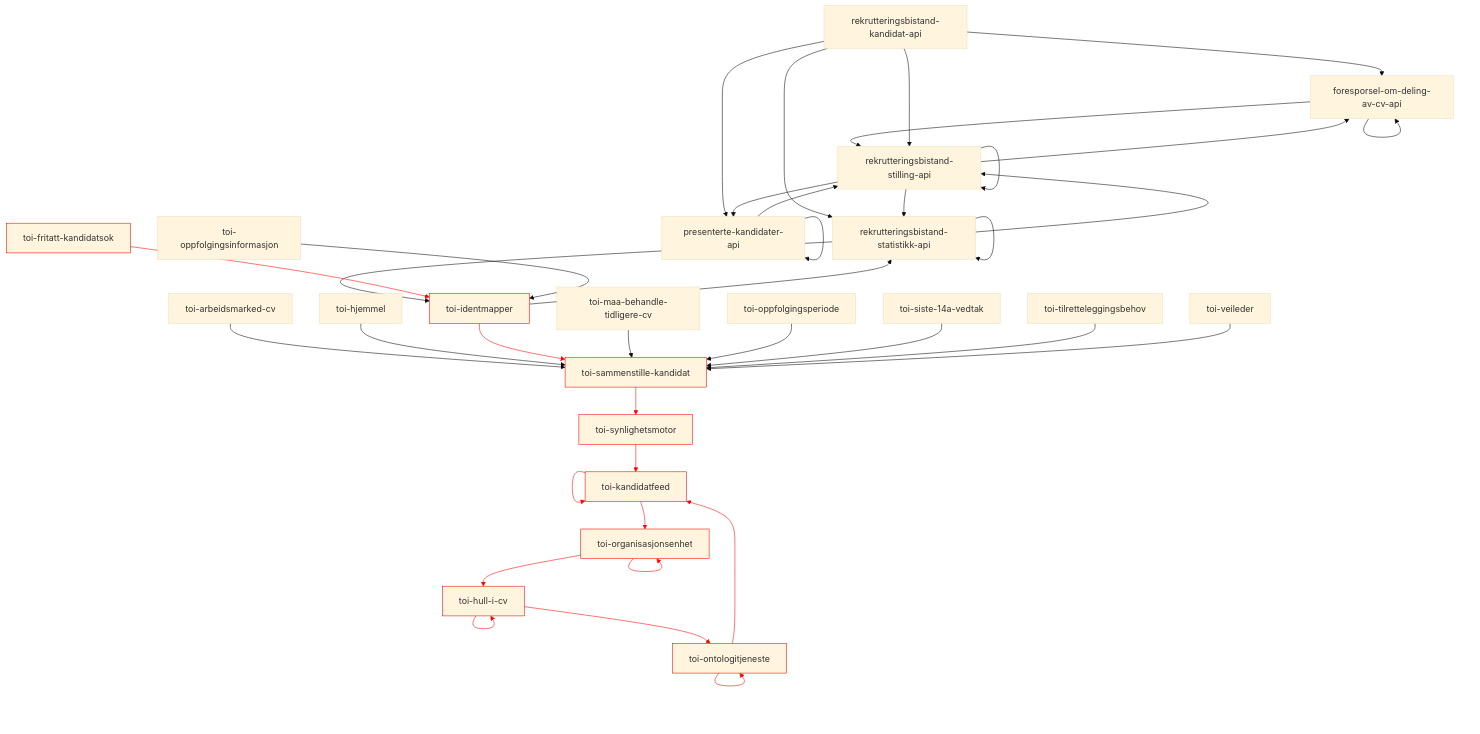
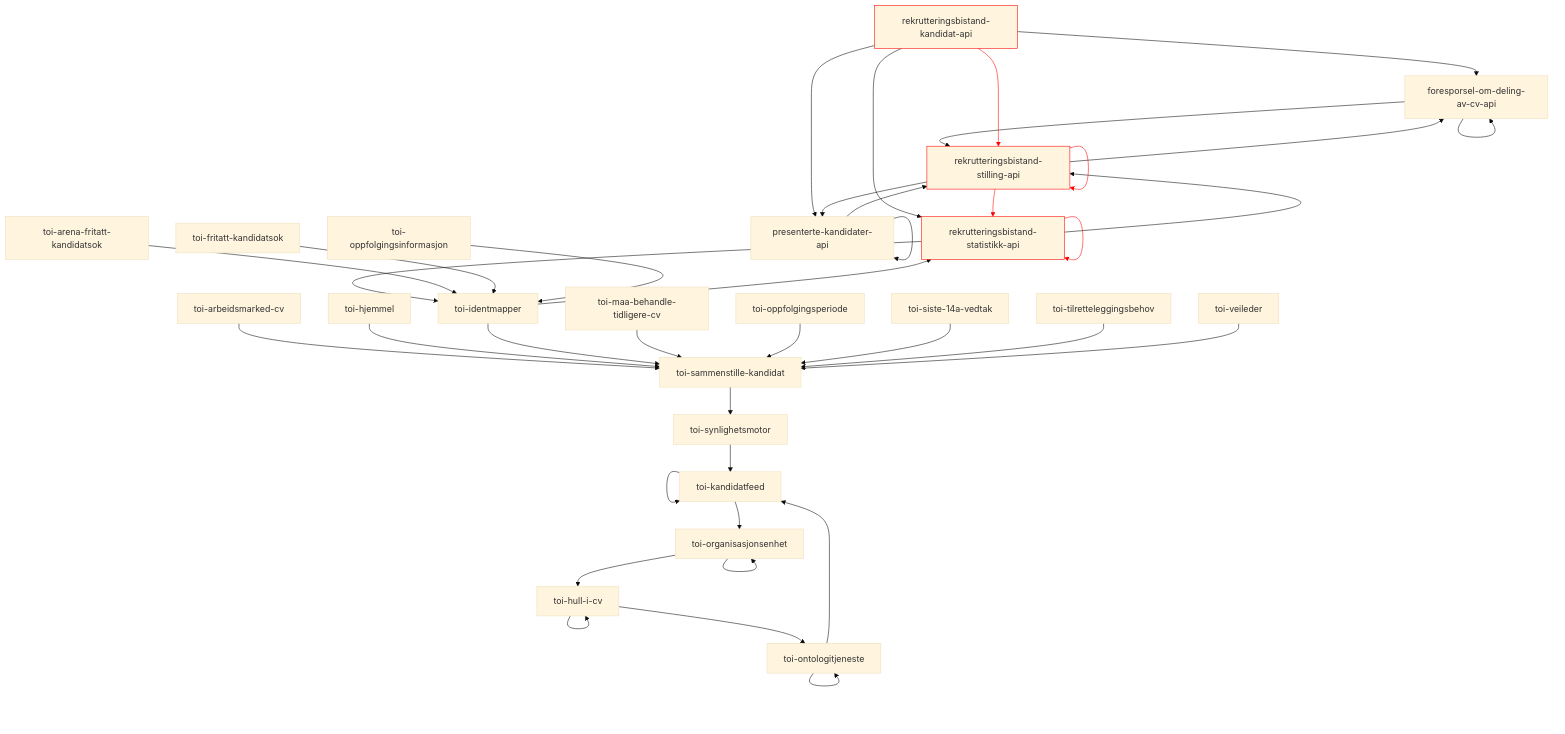
Before and after one commit to navikt/toi-rapids-and-rivers-grapher: diagram 13 of 24 in README.md, drawn with Mermaid (base theme). The commit also changed other lines of this file, not shown here.

````diff
--- a/README.md
+++ b/README.md
@@ -549,42 +564,43 @@
 ```mermaid
 graph TD;
 foresporsel-om-deling-av-cv-api --> foresporsel-om-deling-av-cv-api;
 foresporsel-om-deling-av-cv-api --> rekrutteringsbistand-stilling-api;
 presenterte-kandidater-api --> presenterte-kandidater-api;
 presenterte-kandidater-api --> rekrutteringsbistand-stilling-api;
 rekrutteringsbistand-kandidat-api --> foresporsel-om-deling-av-cv-api;
 rekrutteringsbistand-kandidat-api --> presenterte-kandidater-api;
 rekrutteringsbistand-kandidat-api --> rekrutteringsbistand-statistikk-api;
-rekrutteringsbistand-kandidat-api --> rekrutteringsbistand-stilling-api;
-rekrutteringsbistand-statistikk-api --> rekrutteringsbistand-statistikk-api;
+rekrutteringsbistand-kandidat-api:::x --> rekrutteringsbistand-stilling-api:::x;
+rekrutteringsbistand-statistikk-api:::x --> rekrutteringsbistand-statistikk-api:::x;
 rekrutteringsbistand-statistikk-api --> rekrutteringsbistand-stilling-api;
 rekrutteringsbistand-statistikk-api --> toi-identmapper;
 rekrutteringsbistand-stilling-api --> foresporsel-om-deling-av-cv-api;
 rekrutteringsbistand-stilling-api --> presenterte-kandidater-api;
-rekrutteringsbistand-stilling-api --> rekrutteringsbistand-statistikk-api;
-rekrutteringsbistand-stilling-api --> rekrutteringsbistand-stilling-api;
+rekrutteringsbistand-stilling-api:::x --> rekrutteringsbistand-statistikk-api:::x;
+rekrutteringsbistand-stilling-api:::x --> rekrutteringsbistand-stilling-api:::x;
 toi-arbeidsmarked-cv --> toi-sammenstille-kandidat;
-toi-fritatt-kandidatsok:::x --> toi-identmapper:::x;
+toi-arena-fritatt-kandidatsok --> toi-identmapper;
+toi-fritatt-kandidatsok --> toi-identmapper;
 toi-hjemmel --> toi-sammenstille-kandidat;
-toi-hull-i-cv:::x --> toi-hull-i-cv:::x;
-toi-hull-i-cv:::x --> toi-ontologitjeneste:::x;
+toi-hull-i-cv --> toi-hull-i-cv;
+toi-hull-i-cv --> toi-ontologitjeneste;
 toi-identmapper --> rekrutteringsbistand-statistikk-api;
-toi-identmapper:::x --> toi-sammenstille-kandidat:::x;
-toi-kandidatfeed:::x --> toi-kandidatfeed:::x;
-toi-kandidatfeed:::x --> toi-organisasjonsenhet:::x;
+toi-identmapper --> toi-sammenstille-kandidat;
+toi-kandidatfeed --> toi-kandidatfeed;
+toi-kandidatfeed --> toi-organisasjonsenhet;
 toi-maa-behandle-tidligere-cv --> toi-sammenstille-kandidat;
-toi-ontologitjeneste:::x --> toi-kandidatfeed:::x;
-toi-ontologitjeneste:::x --> toi-ontologitjeneste:::x;
+toi-ontologitjeneste --> toi-kandidatfeed;
+toi-ontologitjeneste --> toi-ontologitjeneste;
 toi-oppfolgingsinformasjon --> toi-identmapper;
 toi-oppfolgingsperiode --> toi-sammenstille-kandidat;
-toi-organisasjonsenhet:::x --> toi-hull-i-cv:::x;
-toi-organisasjonsenhet:::x --> toi-organisasjonsenhet:::x;
-toi-sammenstille-kandidat:::x --> toi-synlighetsmotor:::x;
+toi-organisasjonsenhet --> toi-hull-i-cv;
+toi-organisasjonsenhet --> toi-organisasjonsenhet;
+toi-sammenstille-kandidat --> toi-synlighetsmotor;
 toi-siste-14a-vedtak --> toi-sammenstille-kandidat;
-toi-synlighetsmotor:::x --> toi-kandidatfeed:::x;
+toi-synlighetsmotor --> toi-kandidatfeed;
 toi-tilretteleggingsbehov --> toi-sammenstille-kandidat;
 toi-veileder --> toi-sammenstille-kandidat;
 
-linkStyle 16,18,19,21,22,23,25,26,29,30,31,33 stroke:red;
+linkStyle 7,8,13,14 stroke:red;
 classDef x stroke: red;
 ```
````
